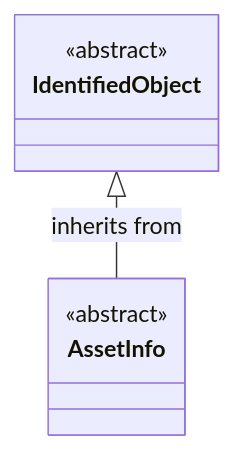
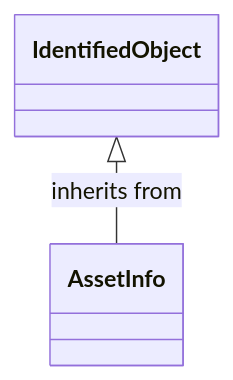
Before and after one commit to PNNL-CIM-Tools/CIM-Graph: the eighth of 14 diagrams in cimgraph/data_profile/cim18gmdm/asset/Asset.rdfs-t2b.md, drawn with Mermaid. The commit also changed other lines of this file and 4 other files, not shown here.

````diff
--- a/cimgraph/data_profile/cim18gmdm/asset/Asset.rdfs-t2b.md
+++ b/cimgraph/data_profile/cim18gmdm/asset/Asset.rdfs-t2b.md
@@ -418,14 +385,6 @@
 ```mermaid
 classDiagram
-direction TB
-
-class AssetInfo {
-<<abstract>>
+class AssetInfo{
 }
-
-class IdentifiedObject {
-<<abstract>>
-}
-
 IdentifiedObject <|-- AssetInfo : inherits from
 ```
````
